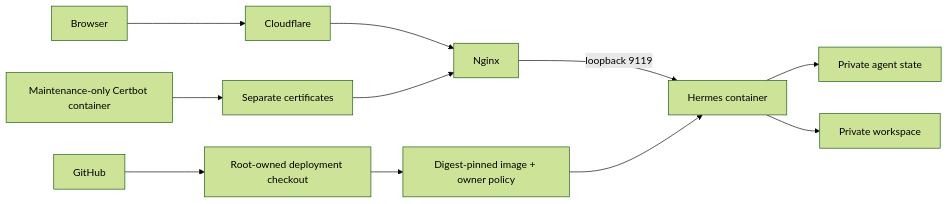
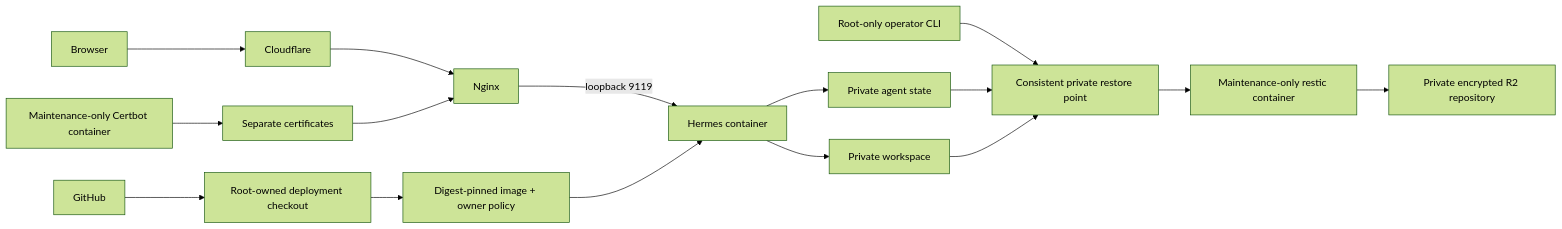
Before and after one commit to zavarovkv/agent-council: the diagram in docs/architecture.md, drawn with Mermaid (forest theme). The commit also changed other lines of this file and 54 other files, not shown here.

````diff
--- a/docs/architecture.md
+++ b/docs/architecture.md
@@ -7,12 +7,17 @@
 ```mermaid
 flowchart LR
     Browser --> Cloudflare --> Nginx
     Nginx -->|loopback 9119| Hermes[Hermes container]
     Hermes --> State[Private agent state]
     Hermes --> Workspace[Private workspace]
     Certbot[Maintenance-only Certbot container] --> Certificates[Separate certificates]
     Certificates --> Nginx
     GitHub --> Checkout[Root-owned deployment checkout]
     Checkout --> Image[Digest-pinned image + owner policy]
     Image --> Hermes
+    Operator[Root-only operator CLI] --> Snapshot[Consistent private restore point]
+    State --> Snapshot
+    Workspace --> Snapshot
+    Snapshot --> Restic[Maintenance-only restic container]
+    Restic --> R2[Private encrypted R2 repository]
 ```
````
